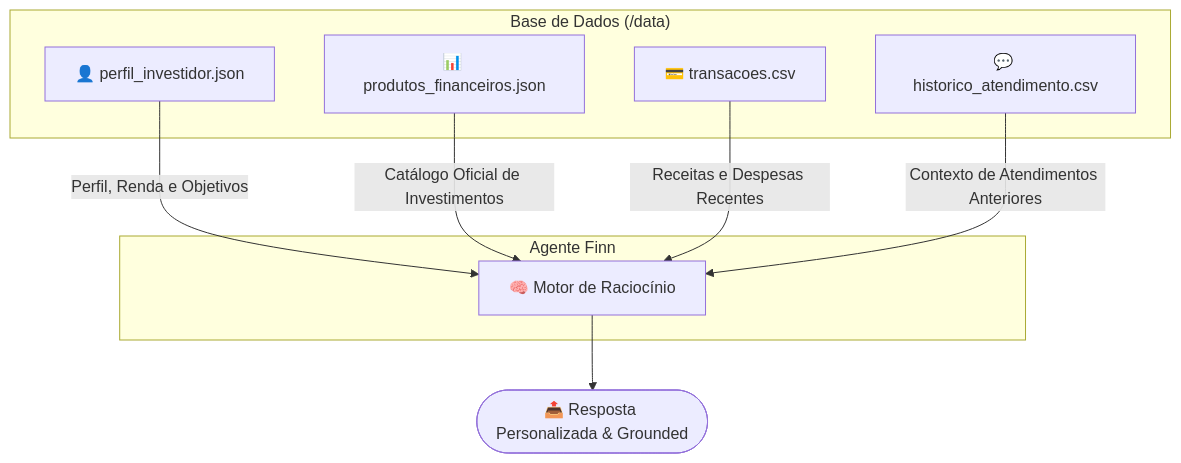
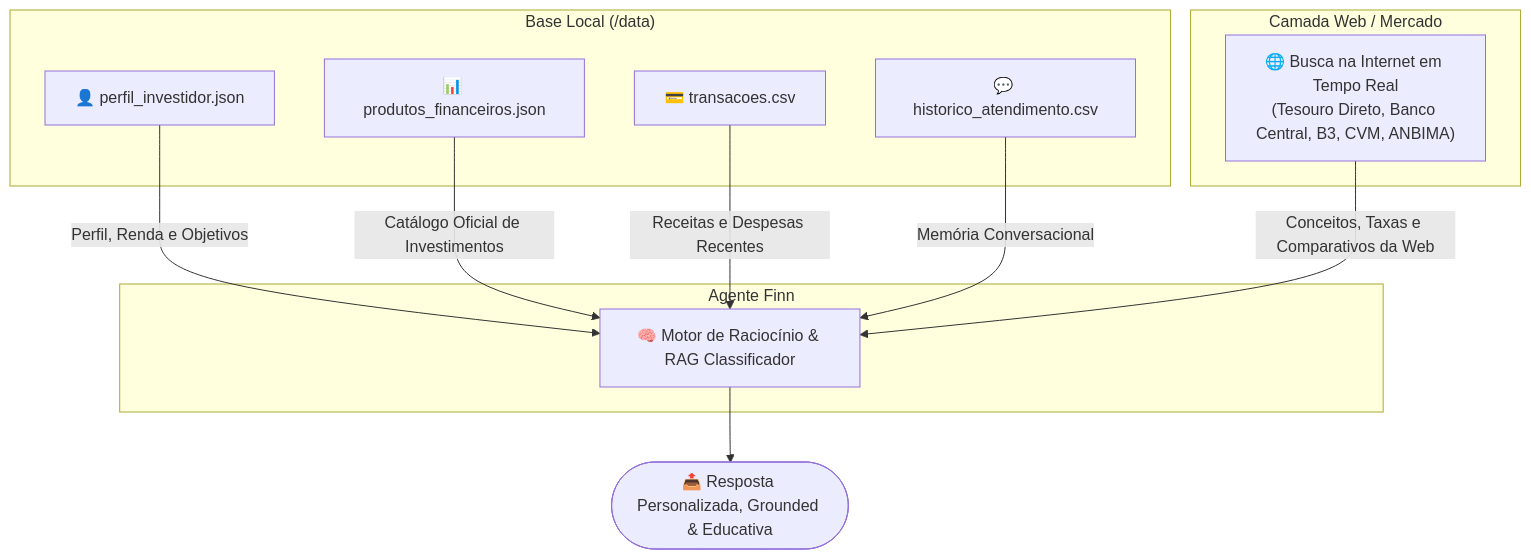
The first of 2 diagrams in docs/02-base-conhecimento.md (Mister-N-Oliveira/dio-lab-bia-do-futuro), drawn with Mermaid before and after one commit. The commit also changed other lines of this file, not shown here.

````diff
--- a/docs/02-base-conhecimento.md
+++ b/docs/02-base-conhecimento.md
@@ -12,20 +15,25 @@
 ```mermaid
 graph TD
-    subgraph Data["Base de Dados (/data)"]
+    subgraph DataLocal["Base Local (/data)"]
         PI["👤 perfil_investidor.json"]
         PF["📊 produtos_financeiros.json"]
         TR["💳 transacoes.csv"]
         HA["💬 historico_atendimento.csv"]
     end
 
+    subgraph DataWeb["Camada Web / Mercado"]
+        WEB["🌐 Busca na Internet em Tempo Real\n(Tesouro Direto, Banco Central, B3, CVM, ANBIMA)"]
+    end
+
     subgraph Finn["Agente Finn"]
-        Engine["🧠 Motor de Raciocínio"]
+        Engine["🧠 Motor de Raciocínio & RAG Classificador"]
     end
 
     PI -->|Perfil, Renda e Objetivos| Engine
     PF -->|Catálogo Oficial de Investimentos| Engine
     TR -->|Receitas e Despesas Recentes| Engine
-    HA -->|Contexto de Atendimentos Anteriores| Engine
+    HA -->|Memória Conversacional| Engine
+    WEB -->|Conceitos, Taxas e Comparativos da Web| Engine
 
-    Engine --> Output(["📤 Resposta Personalizada & Grounded"])
+    Engine --> Output(["📤 Resposta Personalizada, Grounded & Educativa"])
 ```
````
